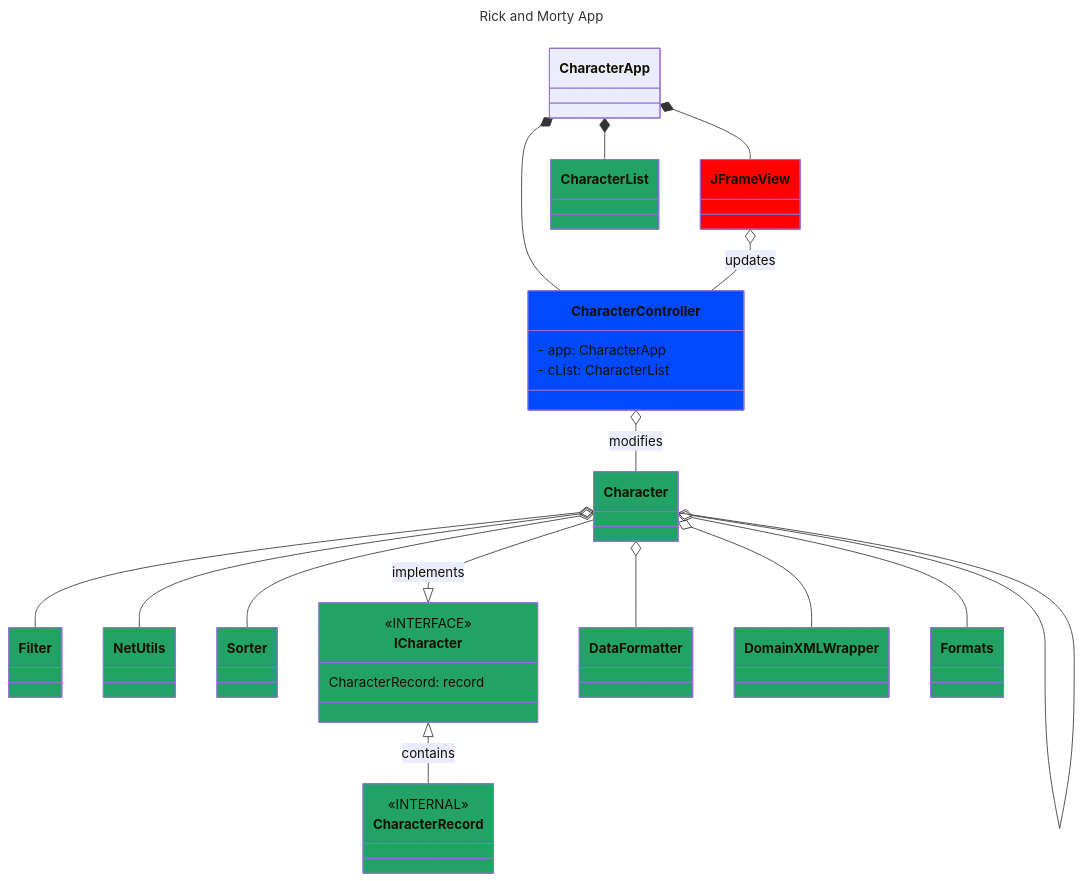
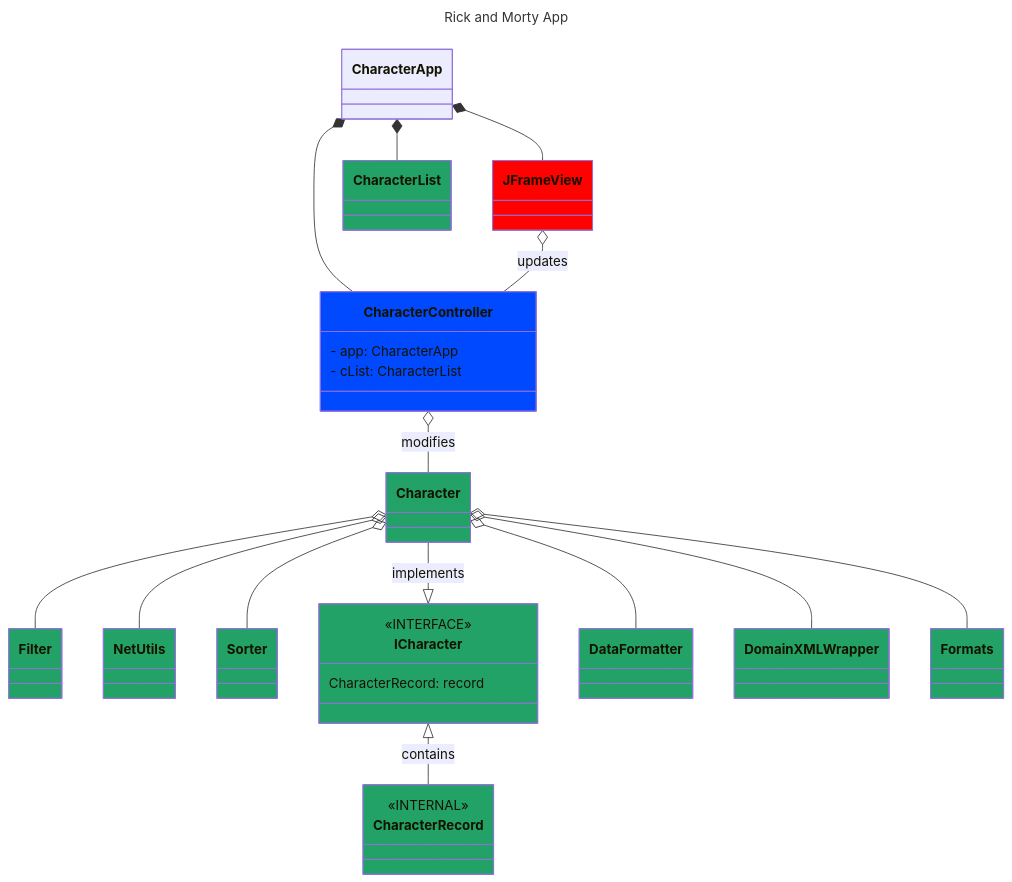
The diagram in DesignDocuments/InitialUML.md (Su24-CS5004-Online-Lionelle/final-project-group-10), drawn with Mermaid before and after one commit.

````diff
--- a/DesignDocuments/InitialUML.md
+++ b/DesignDocuments/InitialUML.md
@@ -1,73 +1,72 @@
 ```mermaid
 ---
 title: Rick and Morty App
 ---
 classDiagram
     direction TB
     class CharacterApp{
  }
     class JFrameView{
         
  }
     class Filter{
         
     }
     class NetUtils{
         
     }
     class Sorter{
         
     }
     class Character{
         
     }
     Character --|> ICharacter: implements
     class ICharacter{
         <<INTERFACE>>
         CharacterRecord: record
     }
     class DataFormatter{
         
     }
     class DomainXMLWrapper{
         
     }
     class Formats{
         
     }
     class CharacterController{
          - app: CharacterApp
          - cList: CharacterList
     }
     class CharacterRecord{
         <<INTERNAL>>
     }
     CharacterApp *-- JFrameView
     CharacterApp *-- CharacterController
     CharacterApp *-- CharacterList
     JFrameView o-- CharacterController: updates
     CharacterController o-- Character: modifies
-    Character o-- Character
     Character o-- Filter
     Character o-- DataFormatter
     Character o-- DomainXMLWrapper
     Character o-- NetUtils
     Character o-- Sorter
     Character o-- Formats
     ICharacter <|-- CharacterRecord: contains
 
     style DataFormatter fill:#23A268
     style CharacterRecord fill:#23A268
     style CharacterList fill:#23A268
     style DomainXMLWrapper fill:#23A268
     style Formats fill:#23A268
     style NetUtils fill:#23A268
     style Sorter fill:#23A268
     style Character fill:#23A268
     style Filter fill:#23A268
     style ICharacter fill:#23A268
     style JFrameView fill: #FF0101
     style CharacterController fill:#0149FF
 
 
 ```
````
